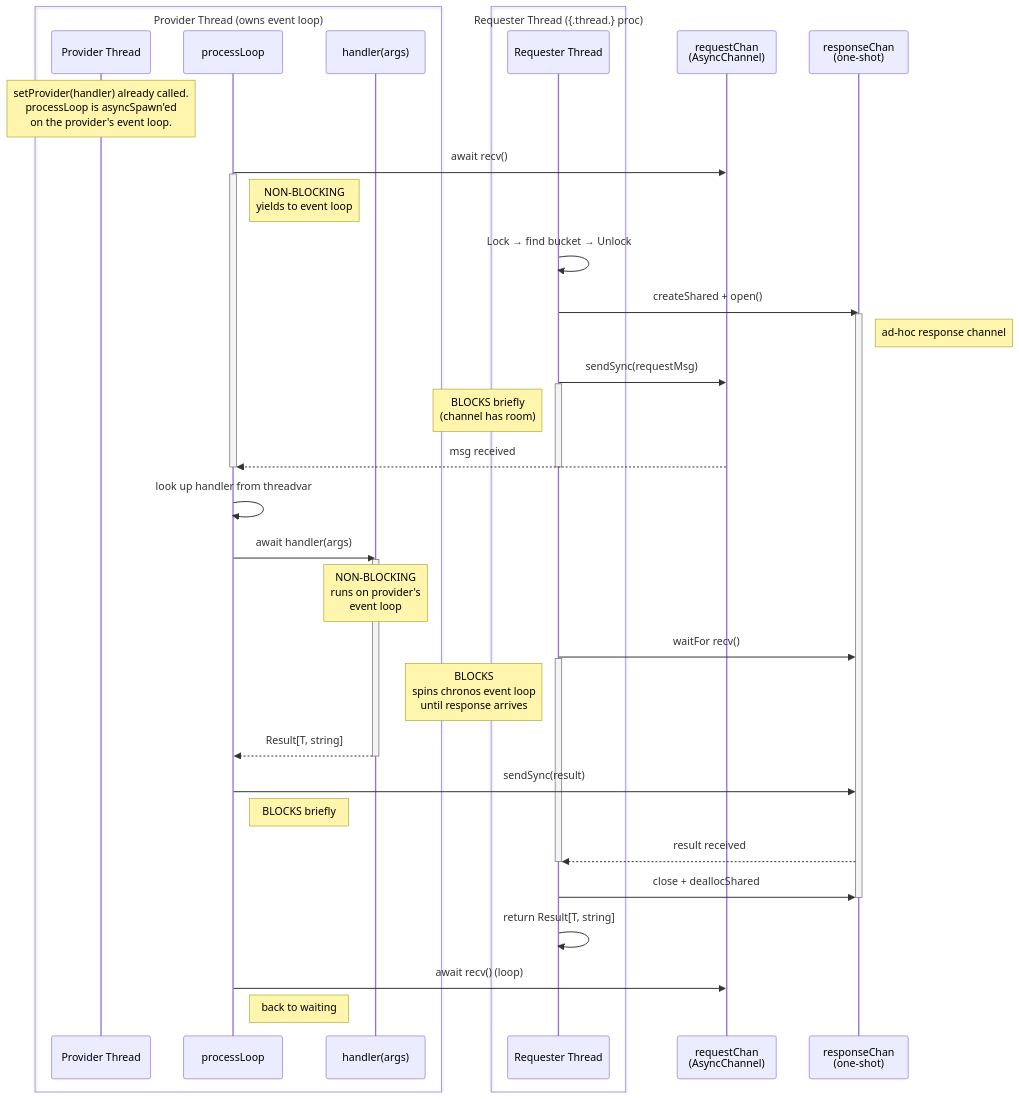
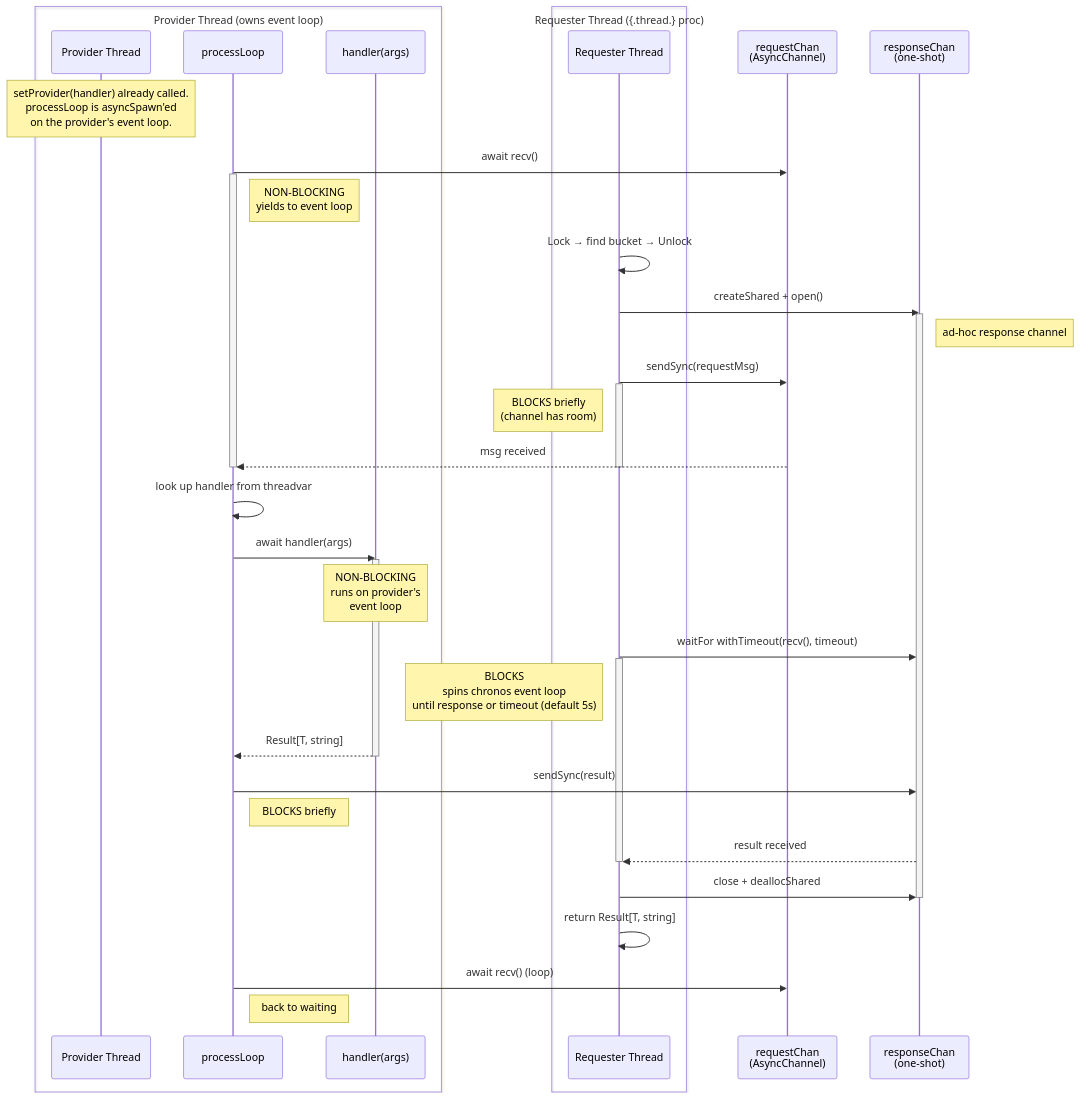
Before and after one commit to NagyZoltanPeter/nim-brokers: the first of 5 diagrams in doc/MultiThread_RequestBroker.md, drawn with Mermaid. The commit also changed other lines of this file and 2 other files, not shown here.

Commit message:
Update doc with request timeout

````diff
--- a/doc/MultiThread_RequestBroker.md
+++ b/doc/MultiThread_RequestBroker.md
@@ -223,56 +255,56 @@
 ```mermaid
 sequenceDiagram
     box Provider Thread (owns event loop)
         participant PT as Provider Thread
         participant PL as processLoop
         participant H as handler(args)
     end
     box Requester Thread ({.thread.} proc)
         participant RT as Requester Thread
     end
     participant RC as requestChan<br/>(AsyncChannel)
     participant RSP as responseChan<br/>(one-shot)
 
     Note over PT: setProvider(handler) already called.<br/>processLoop is asyncSpawn'ed<br/>on the provider's event loop.
 
     PL ->> RC: await recv()
     activate PL
     Note right of PL: NON-BLOCKING<br/>yields to event loop
 
     RT ->> RT: Lock → find bucket → Unlock
     RT ->> RSP: createShared + open()
     activate RSP
     Note right of RSP: ad-hoc response channel
 
     RT ->> RC: sendSync(requestMsg)
     activate RT
     Note left of RT: BLOCKS briefly<br/>(channel has room)
     RC -->> PL: msg received
     deactivate PL
     deactivate RT
 
     PL ->> PL: look up handler from threadvar
     PL ->> H: await handler(args)
     activate H
     Note over H: NON-BLOCKING<br/>runs on provider's<br/>event loop
 
-    RT ->> RSP: waitFor recv()
+    RT ->> RSP: waitFor withTimeout(recv(), timeout)
     activate RT
-    Note left of RT: BLOCKS<br/>spins chronos event loop<br/>until response arrives
+    Note left of RT: BLOCKS<br/>spins chronos event loop<br/>until response or timeout (default 5s)
 
     H -->> PL: Result[T, string]
     deactivate H
 
     PL ->> RSP: sendSync(result)
     Note right of PL: BLOCKS briefly
 
     RSP -->> RT: result received
     deactivate RT
     RT ->> RSP: close + deallocShared
     deactivate RSP
 
     RT ->> RT: return Result[T, string]
 
     PL ->> RC: await recv() (loop)
     Note right of PL: back to waiting
 ```
````
